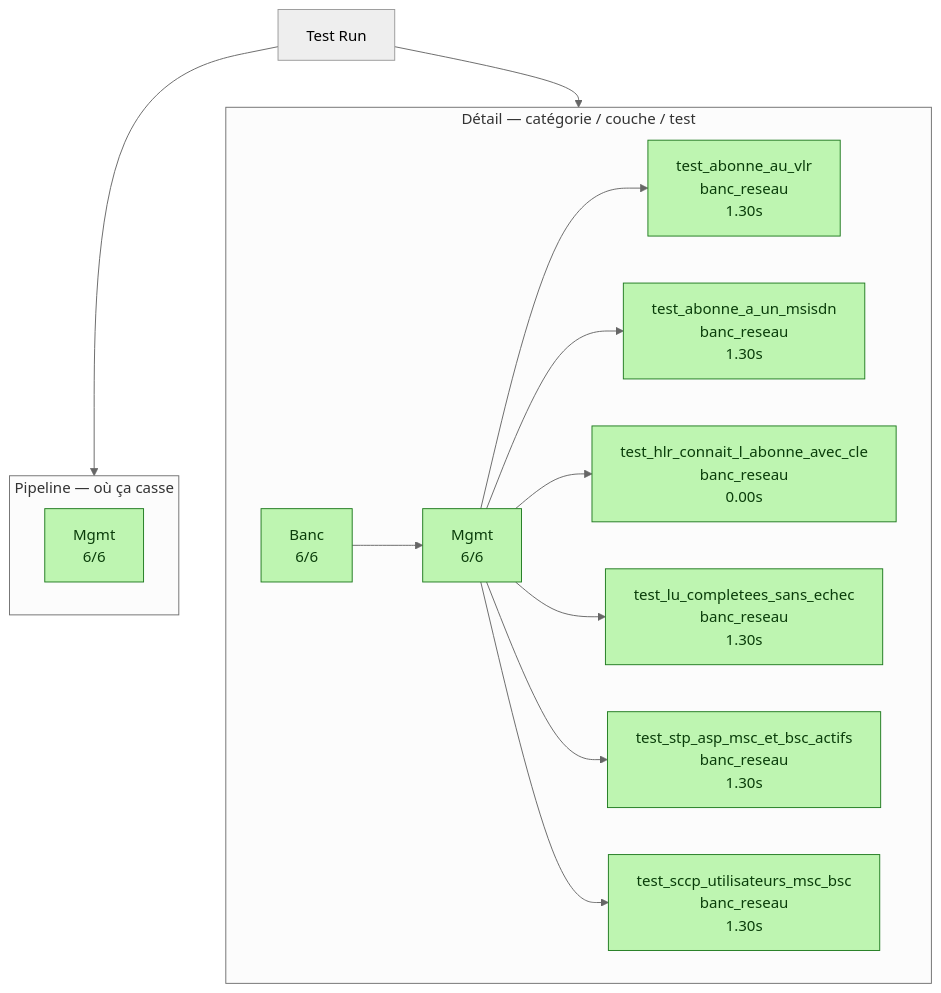
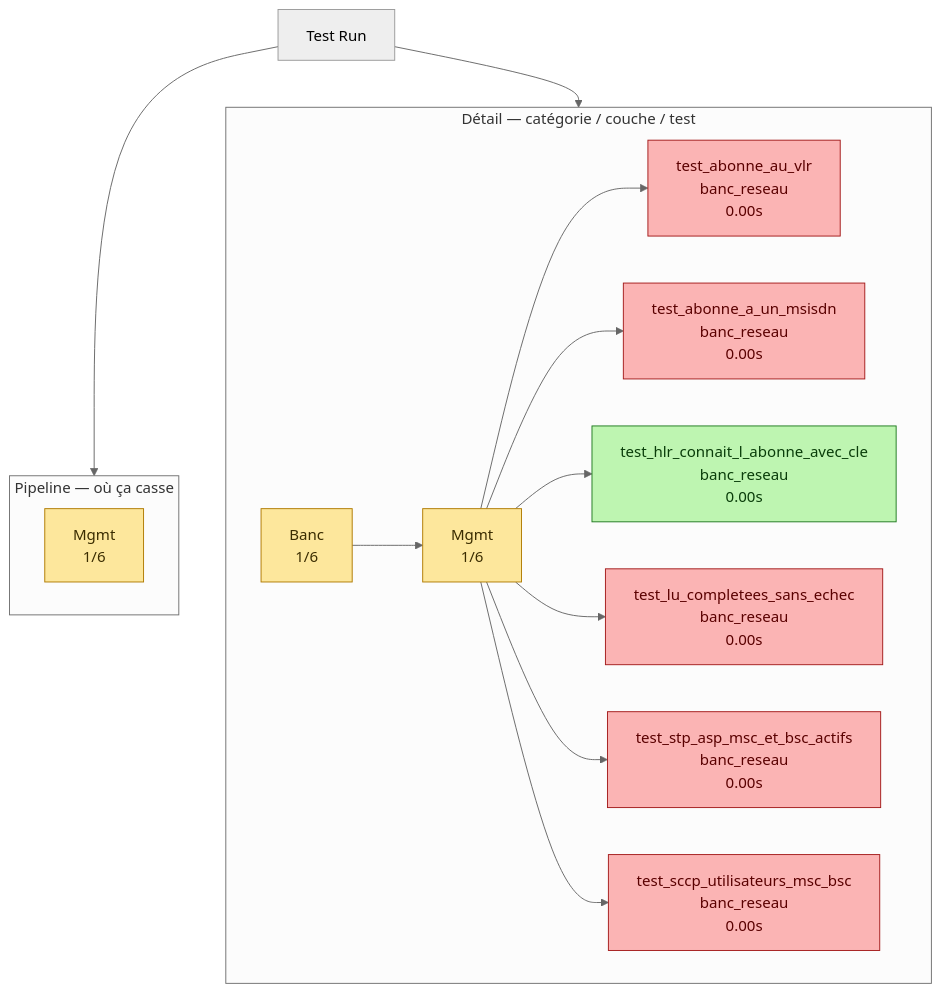
One commit to bbaranoff/tests changed the diagram in pytest/reseau/test_results.mmd. Above: the diagram before and after it, drawn with Mermaid (neutral theme). The commit also changed 129 other files, not shown here.

```diff
--- a/pytest/reseau/test_results.mmd
+++ b/pytest/reseau/test_results.mmd
@@ -1,35 +1,35 @@
-%% Generated by tests/conftest.py at 2026-09-30T00:10:14
+%% Generated by tests/conftest.py at 2026-10-17T15:30:59
 graph TD
   classDef pass    fill:#bef5b1,stroke:#1f7a1f,color:#0a3d0a;
   classDef partial fill:#fde79c,stroke:#b07a00,color:#3a2c00;
   classDef fail    fill:#fbb4b4,stroke:#a31a1a,color:#5a0000;
   classDef skip    fill:#e0e0e0,stroke:#6a6a6a,color:#333;
   classDef xfail   fill:#fde79c,stroke:#b07a00,color:#3a2c00;
   classDef brk  fill:#ff5252,stroke:#990000,color:#fff,stroke-width:3px;
   ROOT[Test Run]
   subgraph PIPELINE ["Pipeline — où ça casse"]
     direction LR
-    P_Mgmt["Mgmt<br/>6/6"]
-    class P_Mgmt pass;
+    P_Mgmt["Mgmt<br/>1/6"]
+    class P_Mgmt partial;
   end
   ROOT --> PIPELINE
   subgraph DETAIL ["Détail — catégorie / couche / test"]
-    C_Banc["Banc<br/>6/6"]
-    class C_Banc pass;
-    C_Banc_L_Mgmt["Mgmt<br/>6/6"]
-    class C_Banc_L_Mgmt pass;
+    C_Banc["Banc<br/>1/6"]
+    class C_Banc partial;
+    C_Banc_L_Mgmt["Mgmt<br/>1/6"]
+    class C_Banc_L_Mgmt partial;
     C_Banc --> C_Banc_L_Mgmt
-    C_Banc_L_Mgmt --> T_001_test_abonne_au_vlr["test_abonne_au_vlr<br/>banc_reseau<br/>1.30s"]
-    class T_001_test_abonne_au_vlr pass;
-    C_Banc_L_Mgmt --> T_002_test_abonne_a_un_msisdn["test_abonne_a_un_msisdn<br/>banc_reseau<br/>1.30s"]
-    class T_002_test_abonne_a_un_msisdn pass;
+    C_Banc_L_Mgmt --> T_001_test_abonne_au_vlr["test_abonne_au_vlr<br/>banc_reseau<br/>0.00s"]
+    class T_001_test_abonne_au_vlr fail;
+    C_Banc_L_Mgmt --> T_002_test_abonne_a_un_msisdn["test_abonne_a_un_msisdn<br/>banc_reseau<br/>0.00s"]
+    class T_002_test_abonne_a_un_msisdn fail;
     C_Banc_L_Mgmt --> T_003_test_hlr_connait_l_abonne_avec_cle["test_hlr_connait_l_abonne_avec_cle<br/>banc_reseau<br/>0.00s"]
     class T_003_test_hlr_connait_l_abonne_avec_cle pass;
-    C_Banc_L_Mgmt --> T_004_test_lu_completees_sans_echec["test_lu_completees_sans_echec<br/>banc_reseau<br/>1.30s"]
-    class T_004_test_lu_completees_sans_echec pass;
-    C_Banc_L_Mgmt --> T_005_test_stp_asp_msc_et_bsc_actifs["test_stp_asp_msc_et_bsc_actifs<br/>banc_reseau<br/>1.30s"]
-    class T_005_test_stp_asp_msc_et_bsc_actifs pass;
-    C_Banc_L_Mgmt --> T_006_test_sccp_utilisateurs_msc_bsc["test_sccp_utilisateurs_msc_bsc<br/>banc_reseau<br/>1.30s"]
-    class T_006_test_sccp_utilisateurs_msc_bsc pass;
+    C_Banc_L_Mgmt --> T_004_test_lu_completees_sans_echec["test_lu_completees_sans_echec<br/>banc_reseau<br/>0.00s"]
+    class T_004_test_lu_completees_sans_echec fail;
+    C_Banc_L_Mgmt --> T_005_test_stp_asp_msc_et_bsc_actifs["test_stp_asp_msc_et_bsc_actifs<br/>banc_reseau<br/>0.00s"]
+    class T_005_test_stp_asp_msc_et_bsc_actifs fail;
+    C_Banc_L_Mgmt --> T_006_test_sccp_utilisateurs_msc_bsc["test_sccp_utilisateurs_msc_bsc<br/>banc_reseau<br/>0.00s"]
+    class T_006_test_sccp_utilisateurs_msc_bsc fail;
   end
   ROOT --> DETAIL
```
